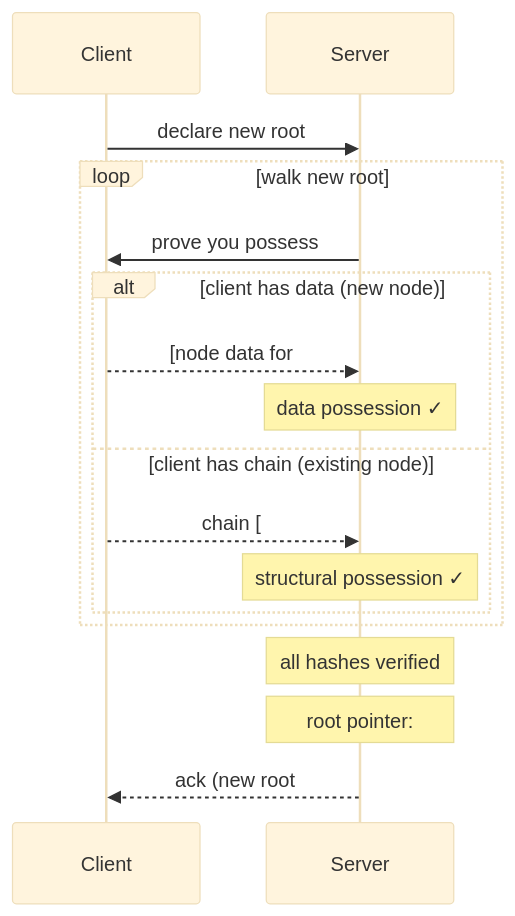
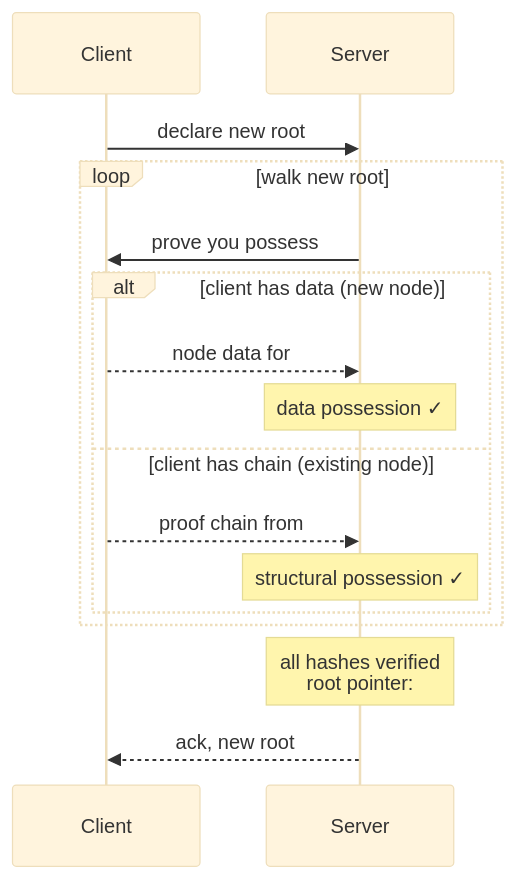
Before and after one commit to jclaggett/dacite: the fifth of 9 diagrams in docs/authorization-design.md, drawn with Mermaid (base theme). The commit also changed other lines of this file, not shown here.

Commit message:
Fix Mermaid rendering: merge split notes, remove bracket syntax

````diff
--- a/docs/authorization-design.md
+++ b/docs/authorization-design.md
@@ -193,22 +192,21 @@
 ```mermaid
 sequenceDiagram
     participant C as Client
     participant S as Server
 
     C->>S: declare new root #R' (old root #R stays active)
 
     loop walk new root #R'
         S->>C: prove you possess #H
         alt client has data (new node)
-            C-->>S: [node data for #H]
+            C-->>S: node data for #H
             Note over S: data possession ✓
         else client has chain (existing node)
-            C-->>S: chain [#R, ..., #H]
+            C-->>S: proof chain from #R to #H
             Note over S: structural possession ✓
         end
     end
 
-    Note over S: all hashes verified
-    Note over S: root pointer: #R → #R'
-    S-->>C: ack (new root #R')
+    Note over S: all hashes verified<br/>root pointer: #R → #R'
+    S-->>C: ack, new root #R'
 ```
````
